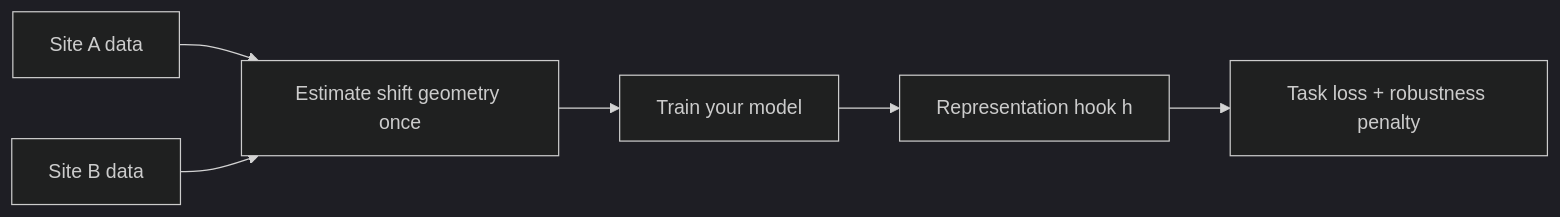
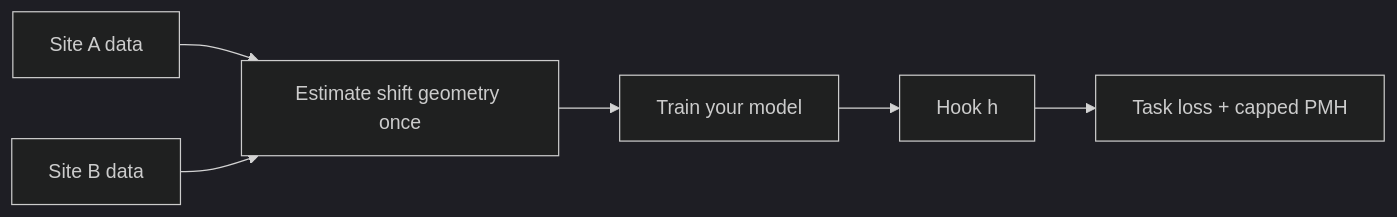
The diagram in README.md (vishalstark512/matching-pmh), drawn with Mermaid (dark theme) before and after one commit. The commit also changed other lines of this file and 152 other files, not shown here.

````diff
--- a/README.md
+++ b/README.md
@@ -130,8 +110,8 @@
 ```mermaid
 flowchart LR
   A[Site A data] --> E[Estimate shift geometry once]
   B[Site B data] --> E
   E --> T[Train your model]
-  T --> H[Representation hook h]
-  H --> L[Task loss + robustness penalty]
+  T --> H[Hook h]
+  H --> L[Task loss + capped PMH]
 ```
````
